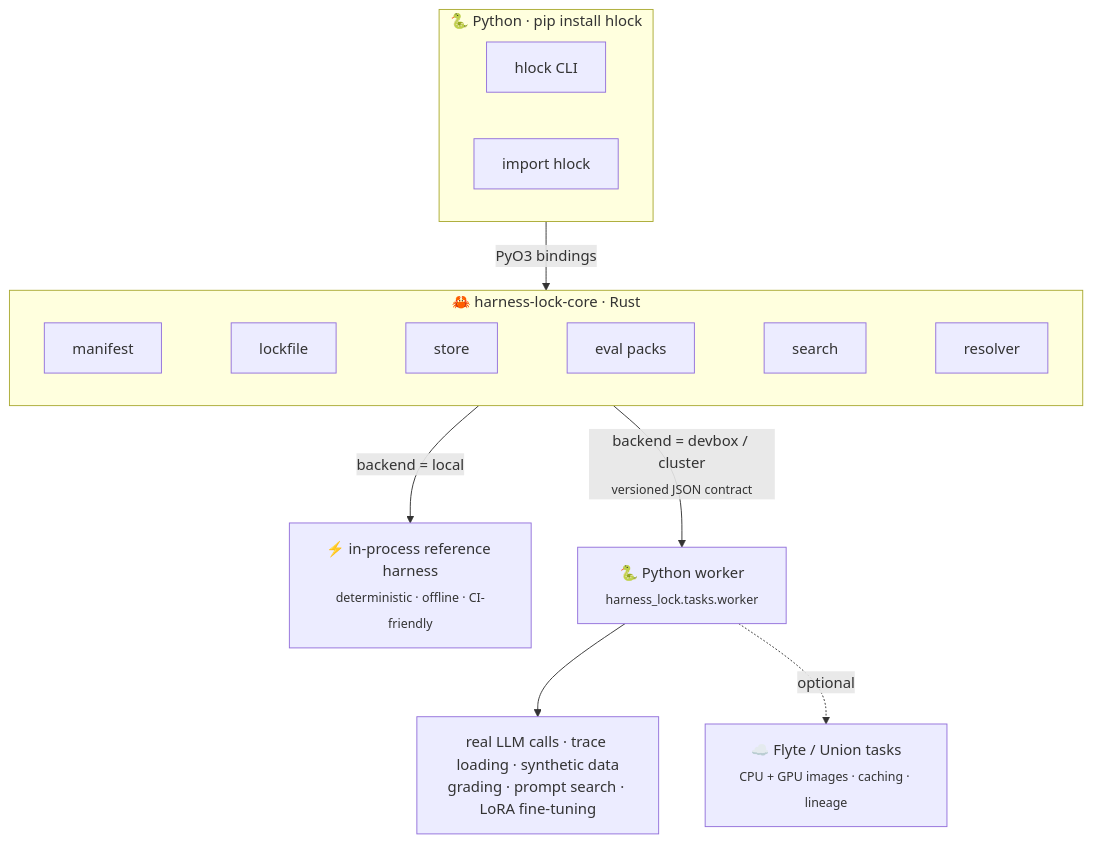
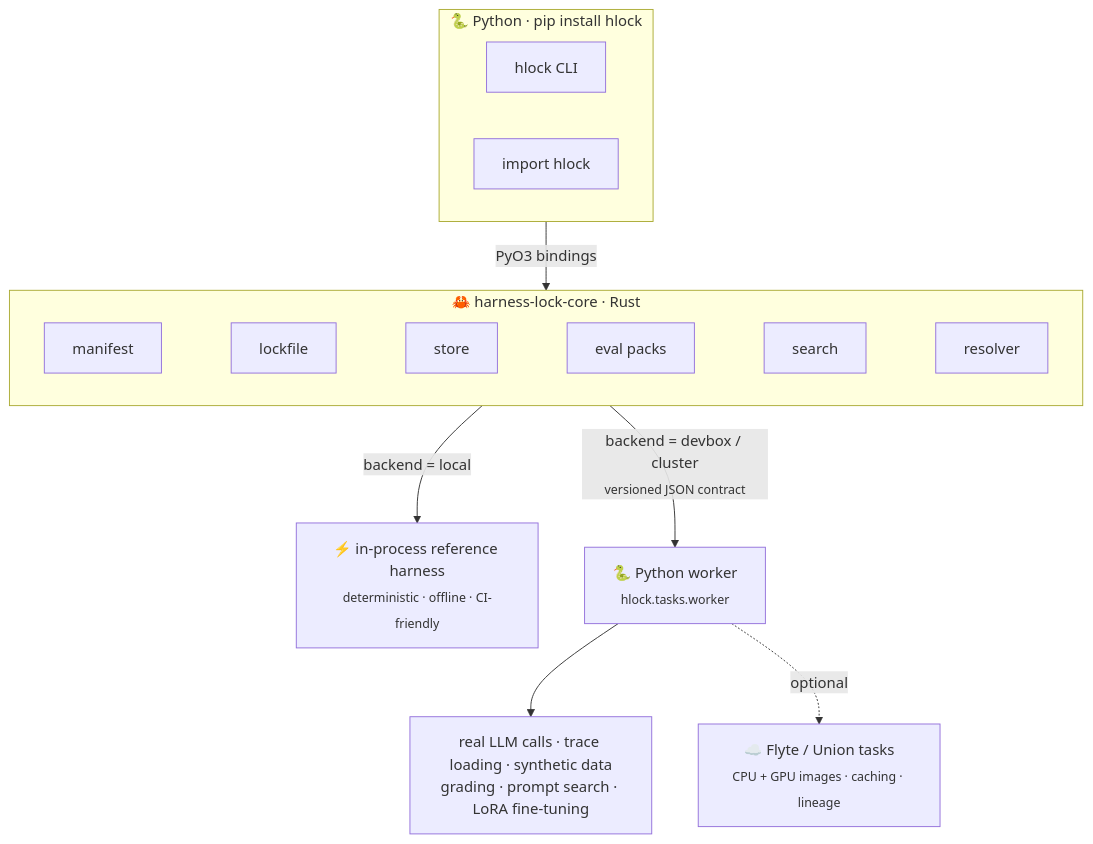
One commit to unionai-oss/hlock changed the diagram in docs/concepts/architecture.md. Above: the diagram before and after it, drawn with Mermaid. The commit also changed other lines of this file and 52 other files, not shown here.

First line of the commit message:
Rename the Python package to hlock and the work dir to .hlock/

````diff
--- a/docs/concepts/architecture.md
+++ b/docs/concepts/architecture.md
@@ -7,21 +7,21 @@
 ```mermaid
 flowchart TB
     subgraph py["🐍 Python  ·  pip install hlock"]
         direction LR
         CLI["hlock CLI"]
         API["import hlock"]
     end
 
     subgraph core["🦀 harness-lock-core  ·  Rust"]
         direction LR
         MF["manifest"] ~~~ LK["lockfile"] ~~~ ST["store"] ~~~ TP["eval packs"] ~~~ SR["search"] ~~~ TU["resolver"]
     end
 
     py -- "PyO3 bindings" --> core
 
     core -- "backend = local" --> LOCAL["⚡ in-process reference harness<br/><sub>deterministic · offline · CI-friendly</sub>"]
-    core -- "backend = devbox / cluster<br/><sub>versioned JSON contract</sub>" --> W["🐍 Python worker<br/><sub>harness_lock.tasks.worker</sub>"]
+    core -- "backend = devbox / cluster<br/><sub>versioned JSON contract</sub>" --> W["🐍 Python worker<br/><sub>hlock.tasks.worker</sub>"]
 
     W --> HEAVY["real LLM calls · trace loading · synthetic data<br/>grading · prompt search · LoRA fine-tuning"]
     W -. "optional" .-> FLYTE["☁️ Flyte / Union tasks<br/><sub>CPU + GPU images · caching · lineage</sub>"]
 ```
````
